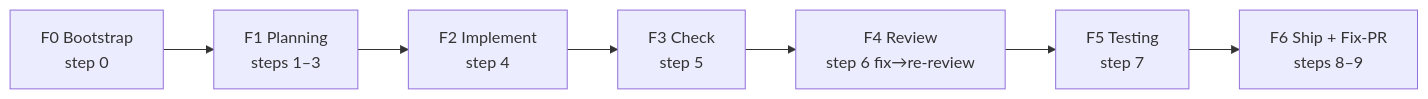
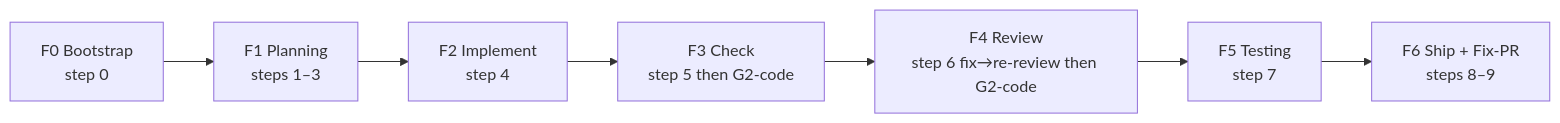
The first of 6 diagrams in .agents/skills/ws-spec-to-pr/DIAGRAM.md (jpolvora/workflow-skills), drawn with Mermaid before and after one commit. The commit also changed other lines of this file and 20 other files, not shown here.

First line of the commit message:
feat(spec-to-pr): commit product files before code-review

````diff
--- a/.agents/skills/ws-spec-to-pr/DIAGRAM.md
+++ b/.agents/skills/ws-spec-to-pr/DIAGRAM.md
@@ -9,9 +9,9 @@
 ```mermaid
 flowchart LR
   F0[F0 Bootstrap<br/>step 0] --> F1[F1 Planning<br/>steps 1–3]
   F1 --> F2[F2 Implement<br/>step 4]
-  F2 --> F3[F3 Check<br/>step 5]
-  F3 --> F4[F4 Review<br/>step 6 fix→re-review]
+  F2 --> F3[F3 Check<br/>step 5 then G2-code]
+  F3 --> F4[F4 Review<br/>step 6 fix→re-review then G2-code]
   F4 --> F5[F5 Testing<br/>step 7]
   F5 --> F6[F6 Ship + Fix-PR<br/>steps 8–9]
 ```
````
